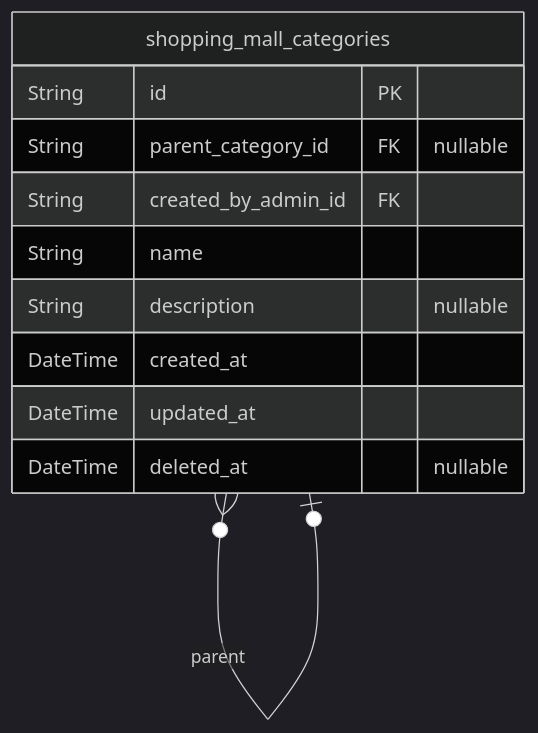
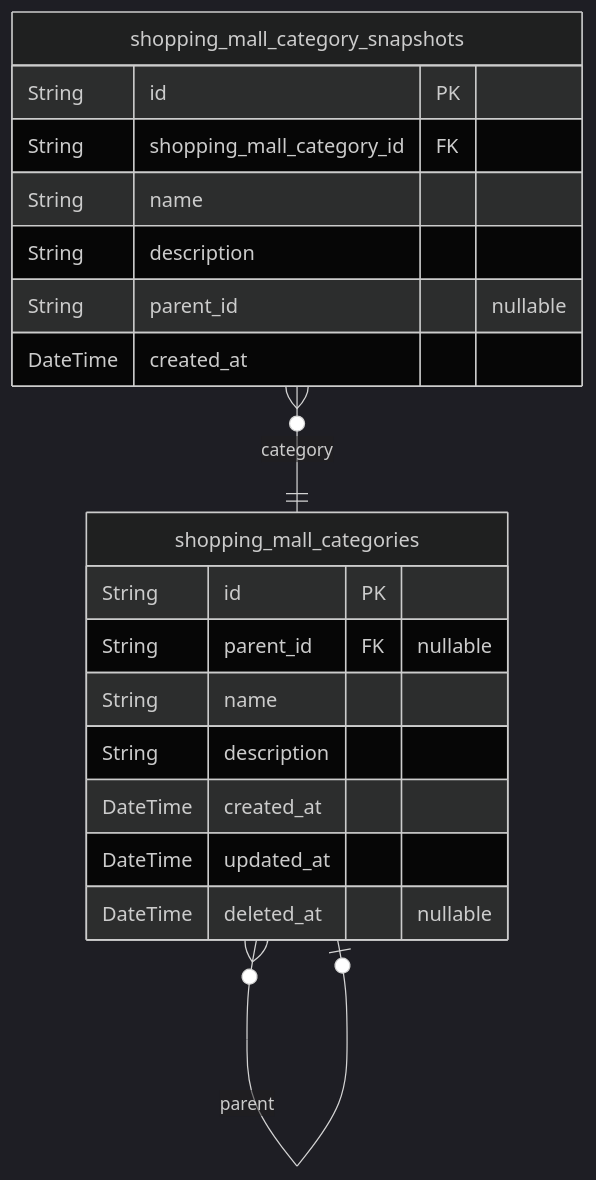
Before and after one commit to wrtnlabs/autobe-examples: the fourth of 14 diagrams in qwen/qwen3.5-397b-a17b/shopping/docs/ERD.md, drawn with Mermaid (dark theme). The commit also changed other lines of this file and 9017 other files, not shown here.

````diff
--- a/qwen/qwen3.5-397b-a17b/shopping/docs/ERD.md
+++ b/qwen/qwen3.5-397b-a17b/shopping/docs/ERD.md
@@ -556,14 +617,22 @@
 ```mermaid
 erDiagram
 "shopping_mall_categories" {
   String id PK
-  String parent_category_id FK "nullable"
-  String created_by_admin_id FK
+  String parent_id FK "nullable"
   String name
-  String description "nullable"
+  String description
   DateTime created_at
   DateTime updated_at
   DateTime deleted_at "nullable"
 }
+"shopping_mall_category_snapshots" {
+  String id PK
+  String shopping_mall_category_id FK
+  String name
+  String description
+  String parent_id "nullable"
+  DateTime created_at
+}
 "shopping_mall_categories" }o--o| "shopping_mall_categories" : parent
+"shopping_mall_category_snapshots" }o--|| "shopping_mall_categories" : category
 ```
````
